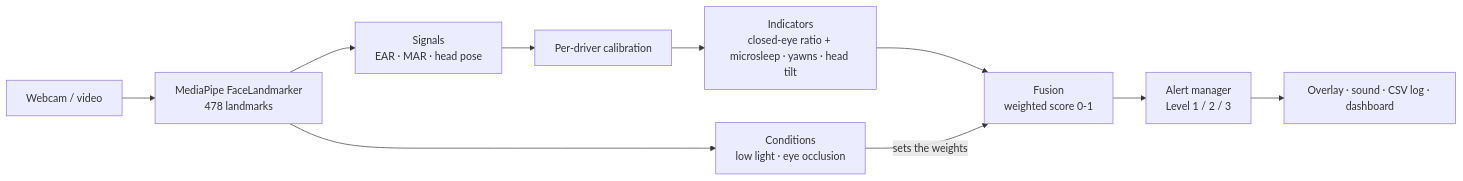
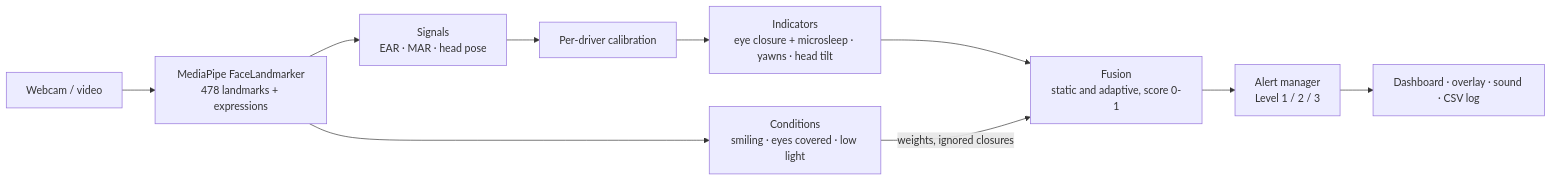
The diagram in README.md (yagnangg333/Driver-Drowsiness-Detection), drawn with Mermaid before and after one commit. The commit also changed other lines of this file and 6 other files, not shown here.

````diff
--- a/README.md
+++ b/README.md
@@ -22,12 +66,12 @@
 ```mermaid
 flowchart LR
-    A[Webcam / video] --> B[MediaPipe FaceLandmarker<br/>478 landmarks]
+    A[Webcam / video] --> B[MediaPipe FaceLandmarker<br/>478 landmarks + expressions]
     B --> C[Signals<br/>EAR · MAR · head pose]
     C --> K[Per-driver calibration]
-    K --> D[Indicators<br/>closed-eye ratio + microsleep · yawns · head tilt]
-    D --> E[Fusion<br/>weighted score 0-1]
-    B --> H[Conditions<br/>low light · eye occlusion]
-    H -->|sets the weights| E
+    K --> D[Indicators<br/>eye closure + microsleep · yawns · head tilt]
+    B --> H[Conditions<br/>smiling · eyes covered · low light]
+    D --> E[Fusion<br/>static and adaptive, score 0-1]
+    H -->|weights, ignored closures| E
     E --> F[Alert manager<br/>Level 1 / 2 / 3]
-    F --> G[Overlay · sound · CSV log · dashboard]
+    F --> G[Dashboard · overlay · sound · CSV log]
 ```
````
